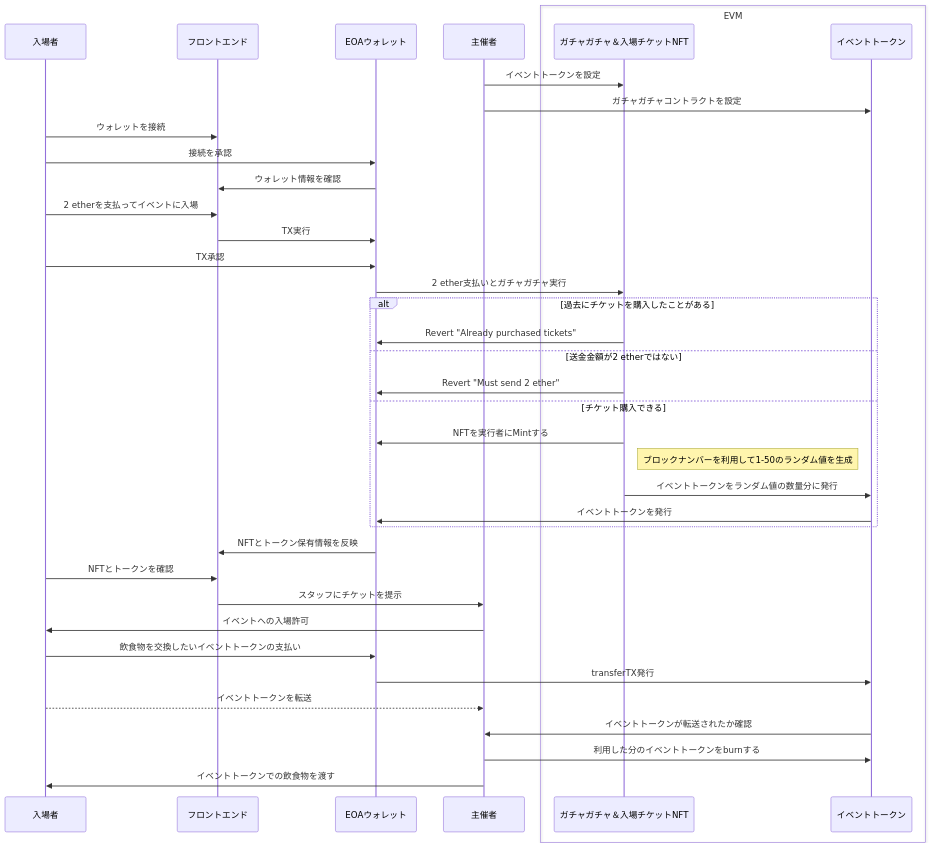
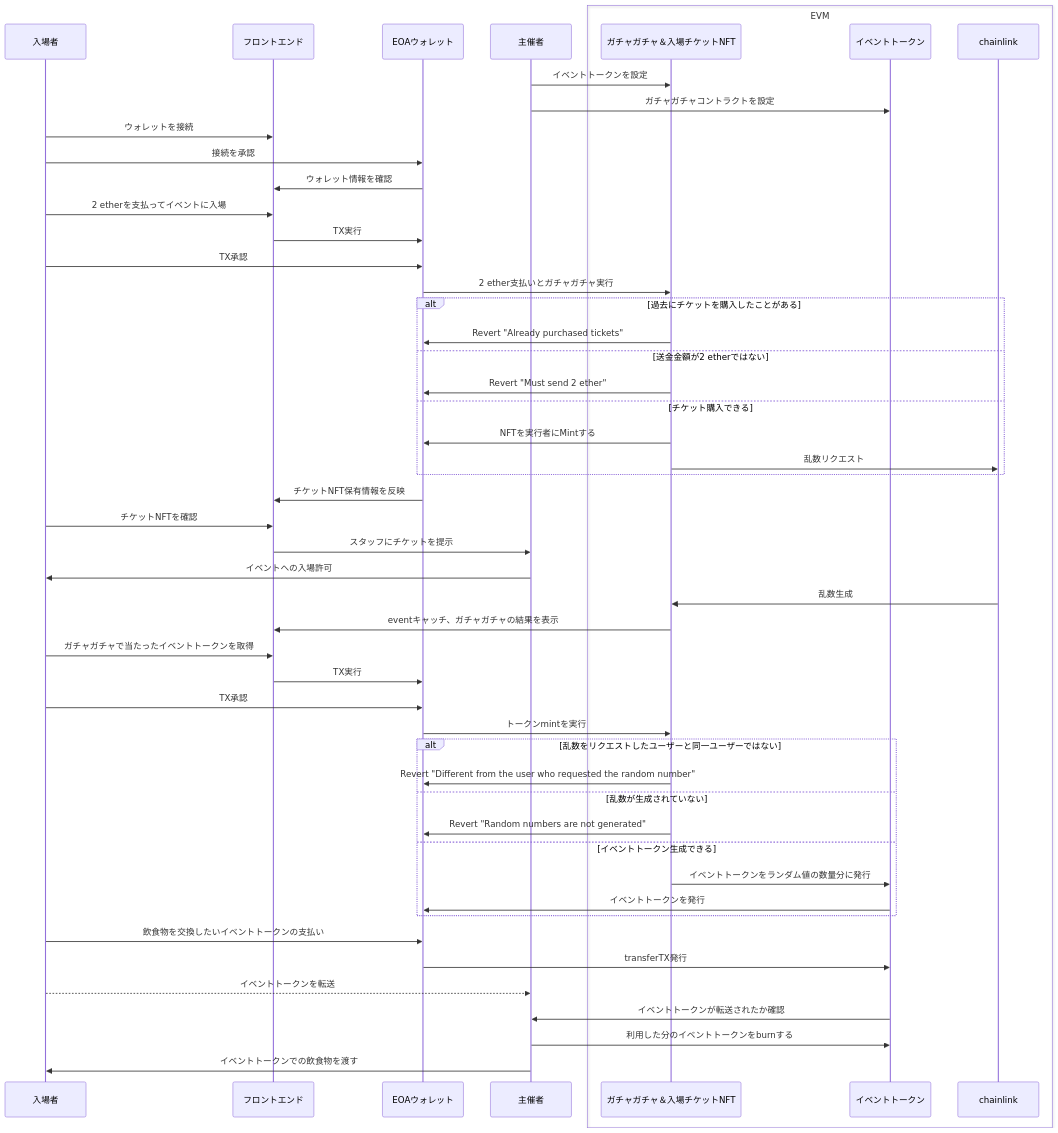
The diagram in doc/Sequence.md (naizo01/gacha-sol), drawn with Mermaid before and after one commit. The commit also changed 1 other file, not shown here.

Commit message:
chainlinkでの乱数取得の設計

````diff
--- a/doc/Sequence.md
+++ b/doc/Sequence.md
@@ -3,43 +3,56 @@
 ```mermaid
 sequenceDiagram
 
 participant P as 入場者
 participant F as フロントエンド
 participant EOA as EOAウォレット
 participant U as 主催者
 box EVM
   participant G as ガチャガチャ＆入場チケットNFT
   participant T as イベントトークン
+  participant L as chainlink
 end
 
 U->>G: イベントトークンを設定
 U->>T: ガチャガチャコントラクトを設定
 P->>F: ウォレットを接続
 P->>EOA: 接続を承認
 EOA->>F: ウォレット情報を確認
 P->>F: 2 etherを支払ってイベントに入場
 F->>EOA: TX実行
 P->>EOA: TX承認
 EOA->>G: 2 ether支払いとガチャガチャ実行
 alt 過去にチケットを購入したことがある
   G->>EOA: Revert "Already purchased tickets"
 else 送金金額が2 etherではない
   G->>EOA: Revert "Must send 2 ether"
 else チケット購入できる
   G->>EOA: NFTを実行者にMintする
-  Note right of G: ブロックナンバーを利用して1-50のランダム値を生成
+  G->>L: 乱数リクエスト
+end
+EOA->>F: チケットNFT保有情報を反映
+P->>F: チケットNFTを確認
+F->>U: スタッフにチケットを提示
+U->>P: イベントへの入場許可
+L->>G: 乱数生成
+G->>F: eventキャッチ、ガチャガチャの結果を表示
+P->>F: ガチャガチャで当たったイベントトークンを取得
+F->>EOA: TX実行
+P->>EOA: TX承認
+EOA->>G: トークンmintを実行
+alt 乱数をリクエストしたユーザーと同一ユーザーではない
+  G->>EOA: Revert "Different from the user who requested the random number"
+else 乱数が生成されていない
+  G->>EOA: Revert "Random numbers are not generated"
+else イベントトークン生成できる
   G->>T: イベントトークンをランダム値の数量分に発行
   T->>EOA: イベントトークンを発行
 end
-EOA->>F: NFTとトークン保有情報を反映
-P->>F: NFTとトークンを確認
-F->>U: スタッフにチケットを提示
-U->>P: イベントへの入場許可
 P->>EOA: 飲食物を交換したいイベントトークンの支払い
 EOA->>T: transferTX発行
 P-->>U: イベントトークンを転送
 T->>U: イベントトークンが転送されたか確認
 U->>T: 利用した分のイベントトークンをburnする
 U->>P: イベントトークンでの飲食物を渡す
 
 ```
````
